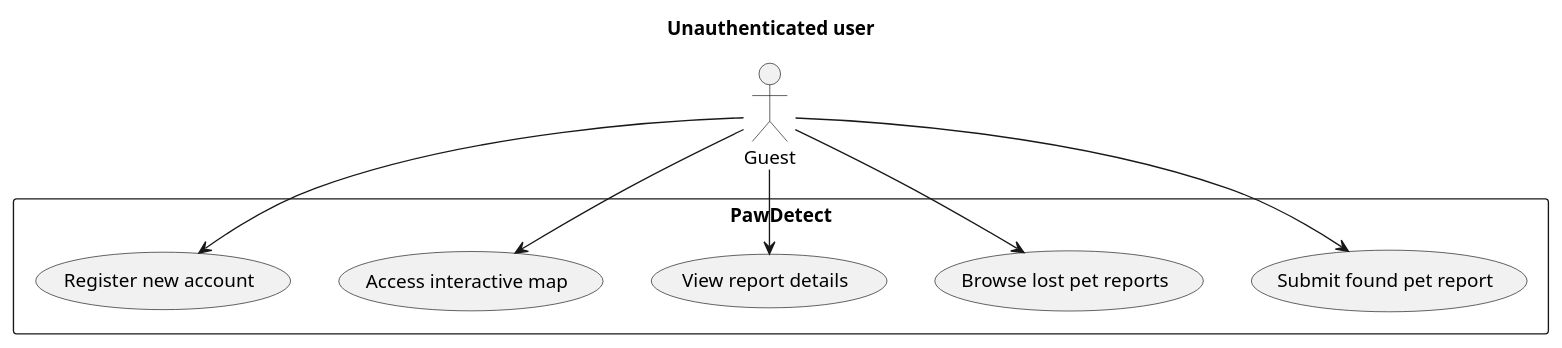
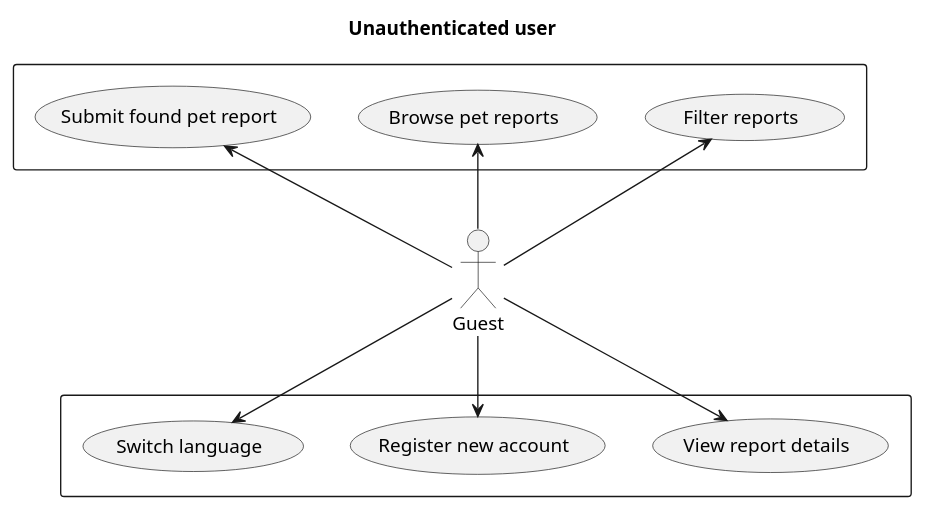
Before and after one commit to gabrielatruta/pawdetect: the diagram in diagrams/unauthenticated_diagram.puml, drawn with PlantUML. The commit also changed 728 other files, not shown here.

```diff
--- a/diagrams/unauthenticated_diagram.puml
+++ b/diagrams/unauthenticated_diagram.puml
@@ -1,19 +1,25 @@
 @startuml
 title Unauthenticated user
 actor Guest
 
-rectangle PawDetect {
+rectangle {
   usecase "Submit found pet report" as UC1
-  usecase "Browse lost pet reports" as UC2
-  usecase "View report details" as UC3
-  usecase "Access interactive map" as UC4
-  usecase "Register new account" as UC5
+  usecase "Browse pet reports" as UC2
+  usecase "Filter reports" as UC3
   
 }
 
-Guest --> UC1
-Guest --> UC2
-Guest --> UC3
-Guest --> UC4
-Guest --> UC5
+rectangle {
+  usecase "View report details" as UC4
+  usecase "Register new account" as UC5
+  usecase "Switch language" as UC6
+  
+}
+
+Guest -up-> UC1
+Guest -up-> UC2
+Guest -up-> UC3
+Guest -down-> UC4
+Guest -down-> UC5
+Guest -down-> UC6
 @enduml
```
